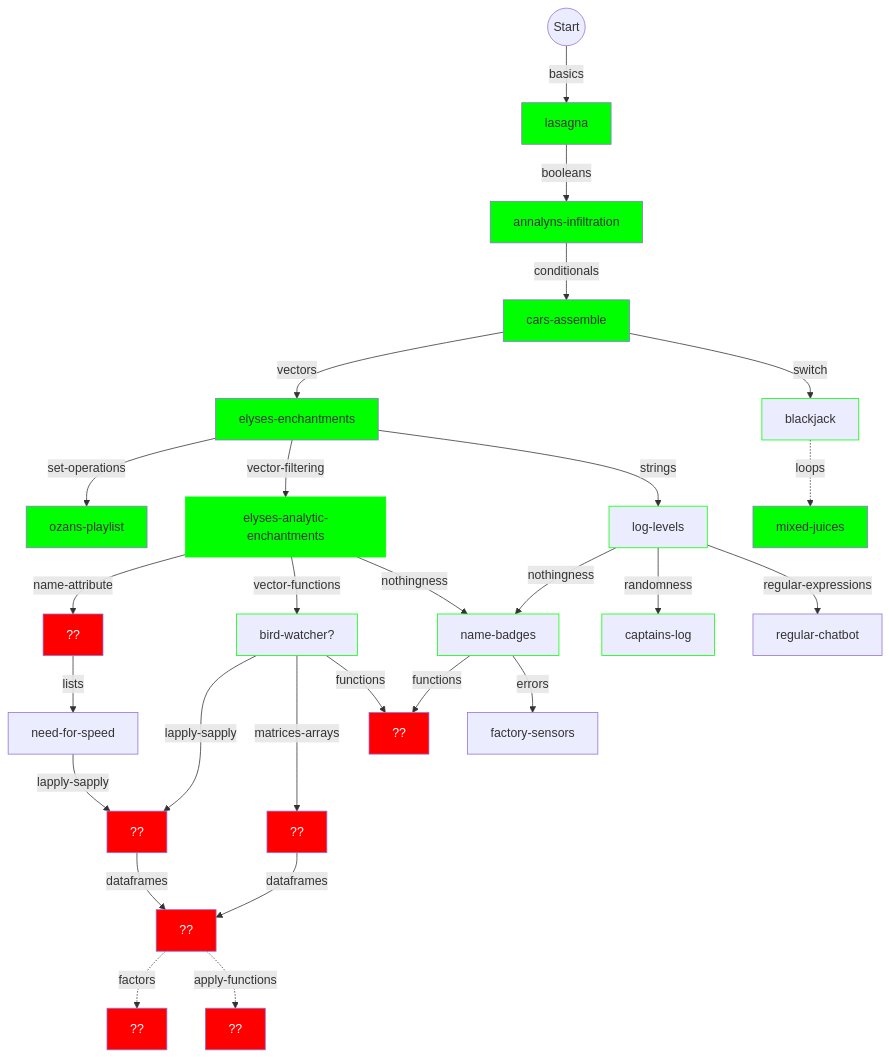
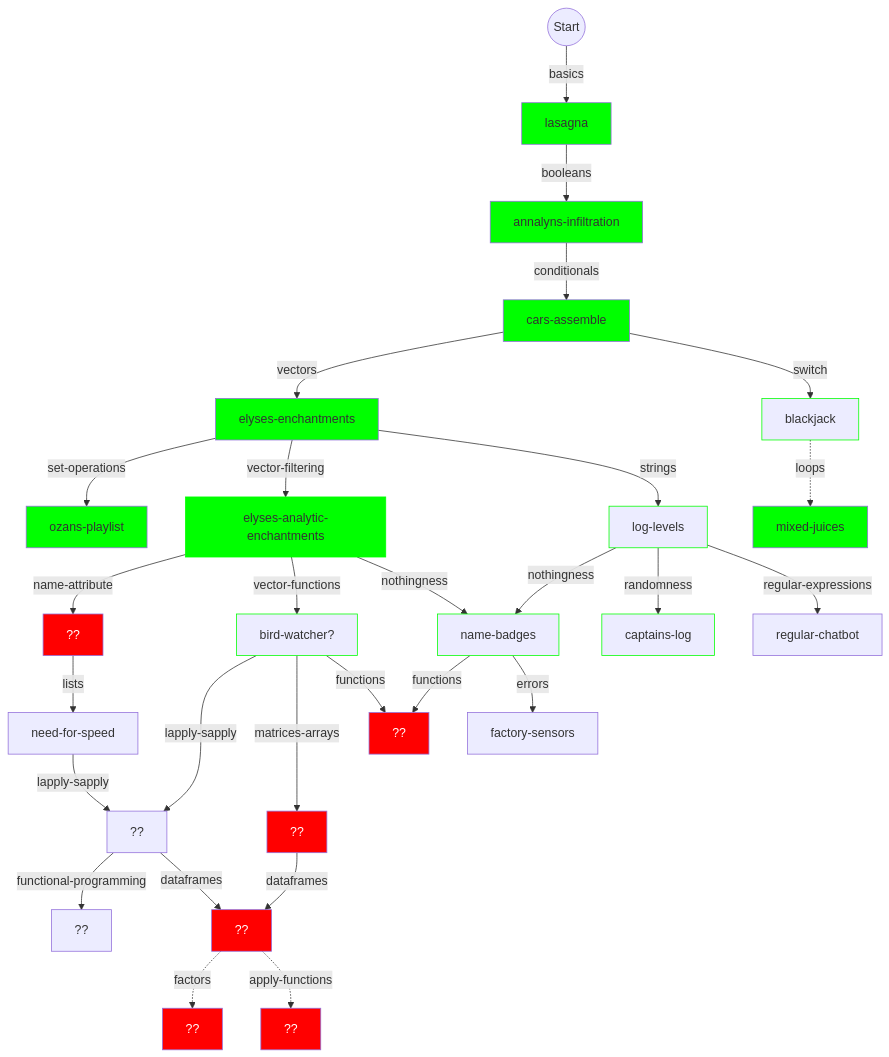
One commit to colinleach/learning-track-doodles changed the first of 2 diagrams in r/flowchart.md. Above: the diagram before and after it, drawn with Mermaid. The commit also changed other lines of this file and 3 other files, not shown here.

````diff
--- a/r/flowchart.md
+++ b/r/flowchart.md
@@ -13,74 +13,75 @@
 ```mermaid
 graph TD
     
 start(("Start")) --basics--> basics["lasagna"]
 style basics fill:#0f0
 
 basics --booleans--> booleans["annalyns-infiltration"]
 style booleans fill:#0f0
 
 booleans --conditionals--> conditionals["cars-assemble"]
 style conditionals fill:#0f0
 
 conditionals --vectors--> vectors["elyses-enchantments"]
 style vectors fill:#0f0
 
 switch -.loops.-> loops["mixed-juices"]
 style loops fill:#0f0
 
 conditionals --switch--> switch["blackjack"]
 style switch stroke:#0f0
 
 vectors --set-operations--> set-operations["ozans-playlist"]
 style set-operations fill:#0f0
 
 name-attribute --lists--> lists["need-for-speed"]
 
 vectors --vector-filtering--> vector-filtering["elyses-analytic-enchantments"]
 style vector-filtering fill:#0f0
 
 vector-filtering --name-attribute--> name-attribute["??"]
 style name-attribute fill:#f00,color:#fff
 
 vector-filtering --vector-functions--> vector-functions["bird-watcher?"]
 style vector-functions stroke:#0f0
 
 vector-filtering --nothingness--> nothingness["name-badges"]
 style vector-filtering stroke:#0f0
 
 vectors --strings--> strings["log-levels"]
 style strings stroke:#0f0
 
 strings --nothingness--> nothingness["name-badges"]
 style nothingness stroke:#0f0
 
 strings --randomness--> randomness["captains-log"]
 style randomness stroke:#0f0
 
 strings --regular-expressions--> regular-expressions["regular-chatbot"]
 
 lists --lapply-sapply--> lapply-sapply["??"]
 vector-functions --lapply-sapply--> lapply-sapply["??"]
-style lapply-sapply fill:#f00,color:#fff
+
+lapply-sapply --functional-programming--> functional-programming["??"]
 
 vector-functions --matrices-arrays--> matrices-arrays["??"]
 style matrices-arrays fill:#f00,color:#fff
 
 style apply-functions fill:#f00,color:#fff
 
 lapply-sapply --dataframes--> dataframes["??"]
 style dataframes fill:#f00,color:#fff
 
 matrices-arrays --dataframes--> dataframes
 dataframes -.factors.-> factors["??"]
 style factors fill:#f00,color:#fff
 
 dataframes -.apply-functions.-> apply-functions["??"]
 
 vector-functions --functions--> functions["??"]
 nothingness --functions--> functions["??"]
 style functions fill:#f00,color:#fff
 
 nothingness --errors--> errors["factory-sensors "]
 
 ```
````
